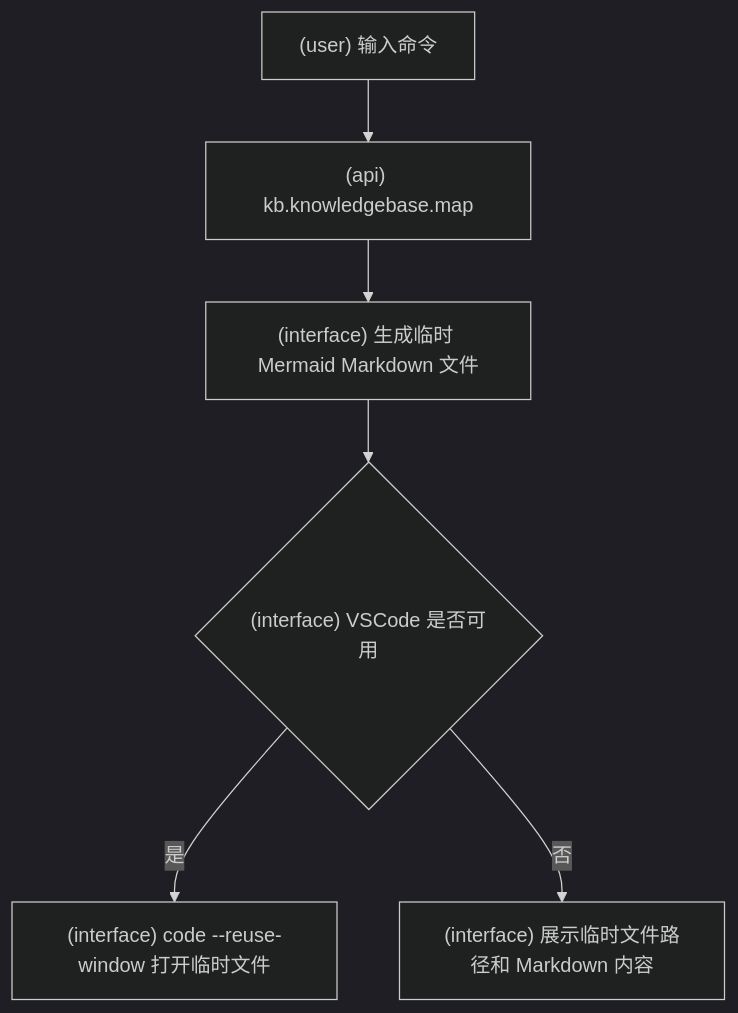
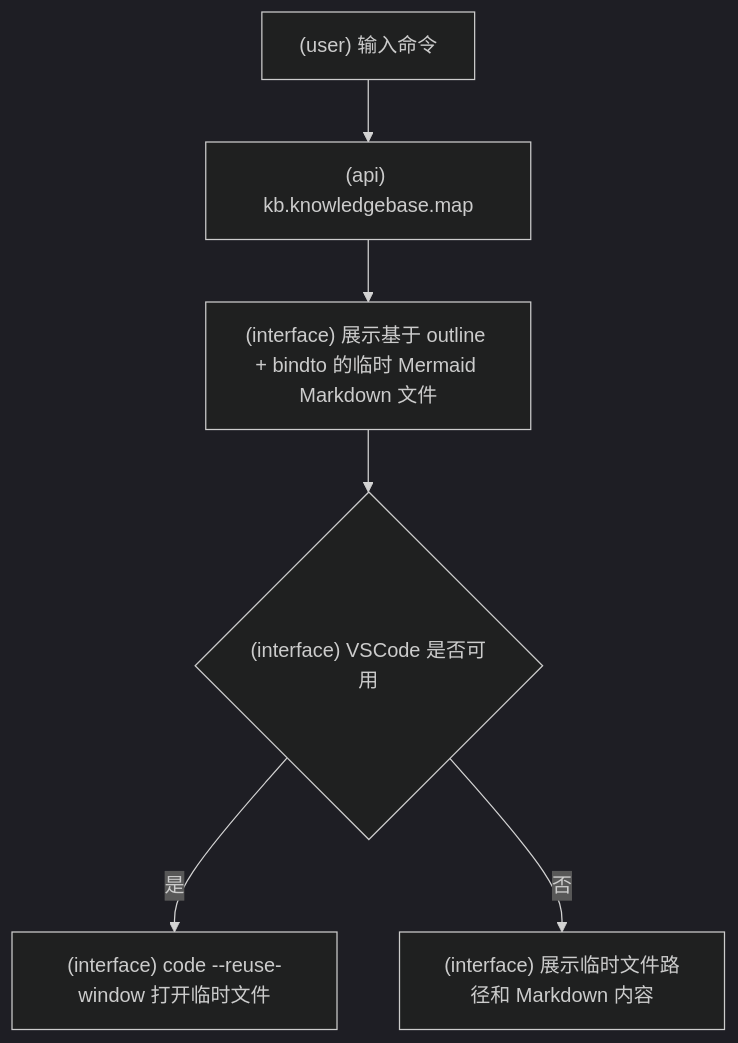
The eighth of 17 diagrams in docs/SlashCommand流程图.md (srangerme/KBManager), drawn with Mermaid (dark theme) before and after one commit. The commit also changed other lines of this file and 27 other files, not shown here.

````diff
--- a/docs/SlashCommand流程图.md
+++ b/docs/SlashCommand流程图.md
@@ -93,8 +129,8 @@
 ```mermaid
 flowchart TD
   A["(user) 输入命令"] --> B["(api) kb.knowledgebase.map"]
-  B --> C["(interface) 生成临时 Mermaid Markdown 文件"]
+  B --> C["(interface) 展示基于 outline + bindto 的临时 Mermaid Markdown 文件"]
   C --> D{"(interface) VSCode 是否可用"}
   D -- 是 --> E["(interface) code --reuse-window 打开临时文件"]
   D -- 否 --> F["(interface) 展示临时文件路径和 Markdown 内容"]
 ```
````
